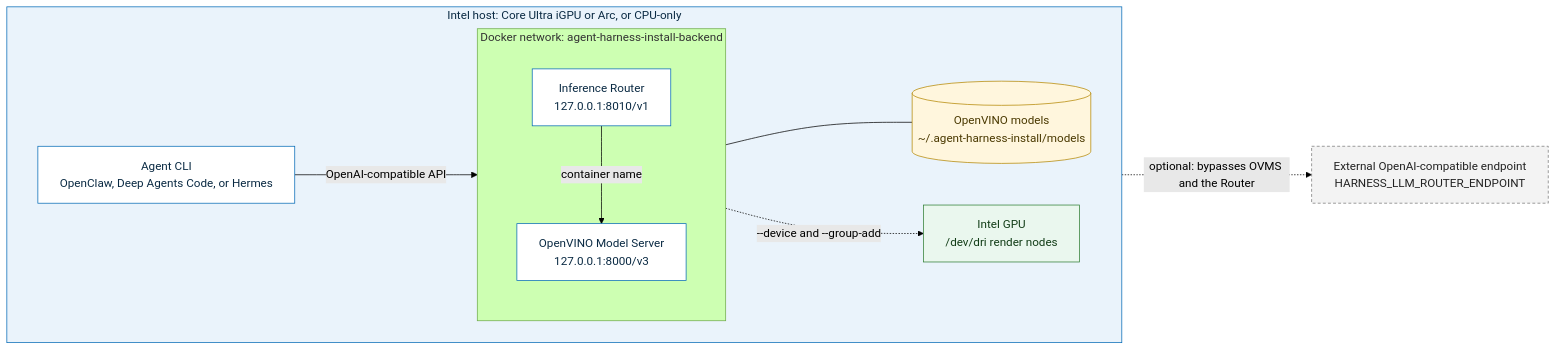
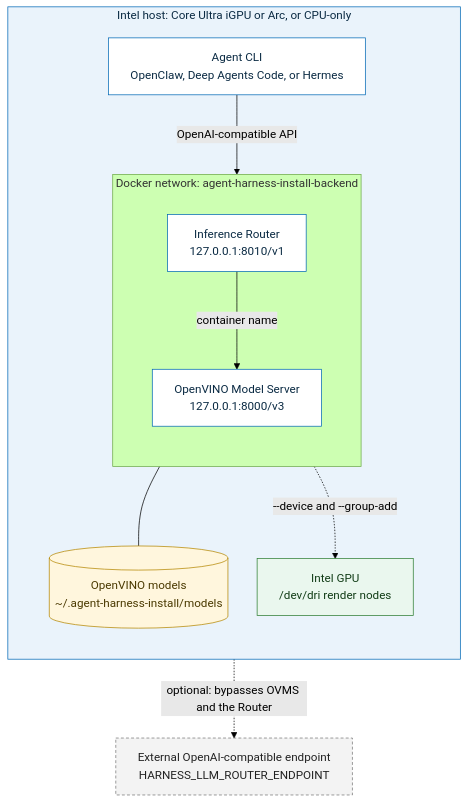
The second of 2 diagrams in frameworks/agent-harness-install/README.md (open-edge-platform/edge-ai-libraries), drawn with Mermaid (forest theme) before and after one commit.

Commit message:
Make the runtime architecture diagram top-down
The left-to-right layout was too wide for the README column, so the optional external-endpoint box was clipped and sat under GitHub's diagram zoom controls.

````diff
--- a/frameworks/agent-harness-install/README.md
+++ b/frameworks/agent-harness-install/README.md
@@ -109,29 +109,29 @@
 ```mermaid
 %%{init: {"flowchart": {"wrappingWidth": 420, "nodeSpacing": 40, "rankSpacing": 60, "curve": "basis"}}}%%
-flowchart LR
+flowchart TD
     classDef host fill:#EAF3FB,stroke:#0068B5,color:#0A2A43
     classDef box fill:#FFFFFF,stroke:#0068B5,color:#0A2A43
     classDef store fill:#FFF6DD,stroke:#B38600,color:#4A3900
     classDef hw fill:#EAF7EE,stroke:#2E7D32,color:#123D17
     classDef ext fill:#F3F3F3,stroke:#777777,color:#222222,stroke-dasharray: 4 3
 
     subgraph HOST["Intel host: Core Ultra iGPU or Arc, or CPU-only"]
-        direction LR
+        direction TB
         AGENT["Agent CLI<br/>OpenClaw, Deep Agents Code, or Hermes"]:::box
         subgraph NET["Docker network: agent-harness-install-backend"]
             direction TB
             IRC["Inference Router<br/>127.0.0.1:8010/v1"]:::box
             OVMSC["OpenVINO Model Server<br/>127.0.0.1:8000/v3"]:::box
         end
         MODELS[("OpenVINO models<br/>~/.agent-harness-install/models")]:::store
         GPUD["Intel GPU<br/>/dev/dri render nodes"]:::hw
     end
     EXTR["External OpenAI-compatible endpoint<br/>HARNESS_LLM_ROUTER_ENDPOINT"]:::ext
 
     AGENT -- "OpenAI-compatible API" --> IRC
     IRC -- "container name" --> OVMSC
     OVMSC --- MODELS
     OVMSC -. "--device and --group-add" .-> GPUD
     AGENT -. "optional: bypasses OVMS and the Router" .-> EXTR
     class HOST host
 ```
````
